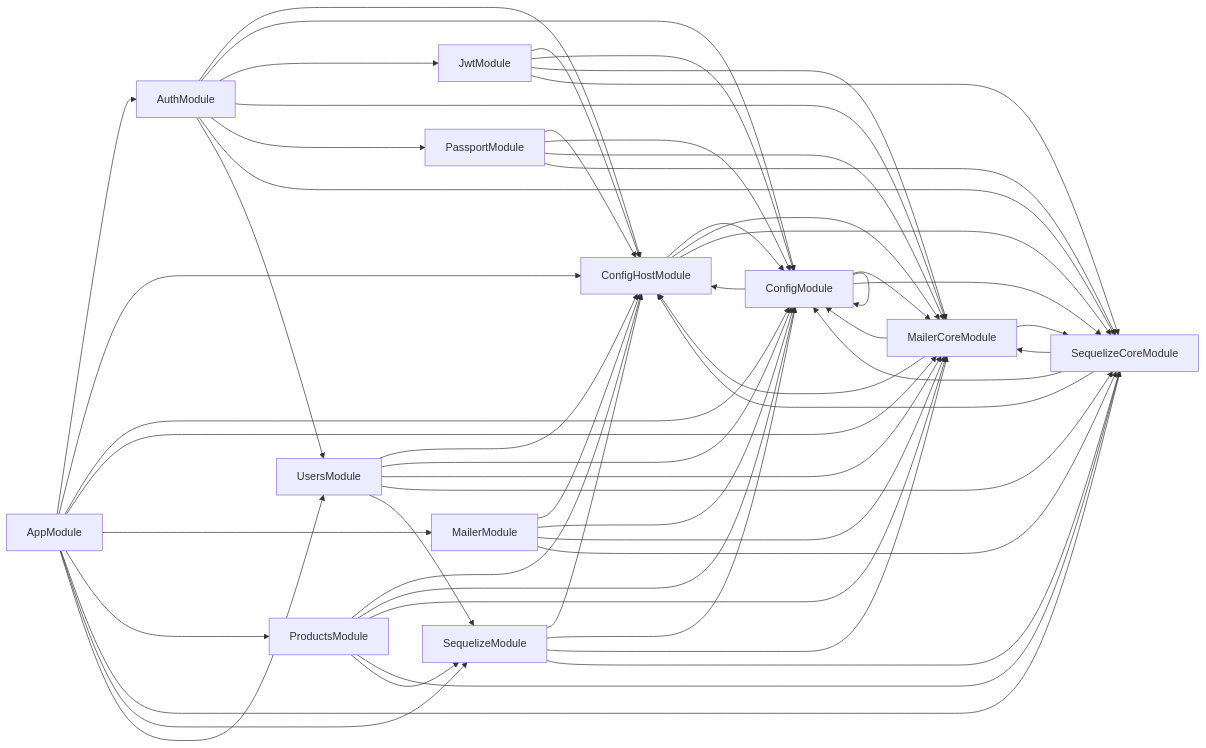
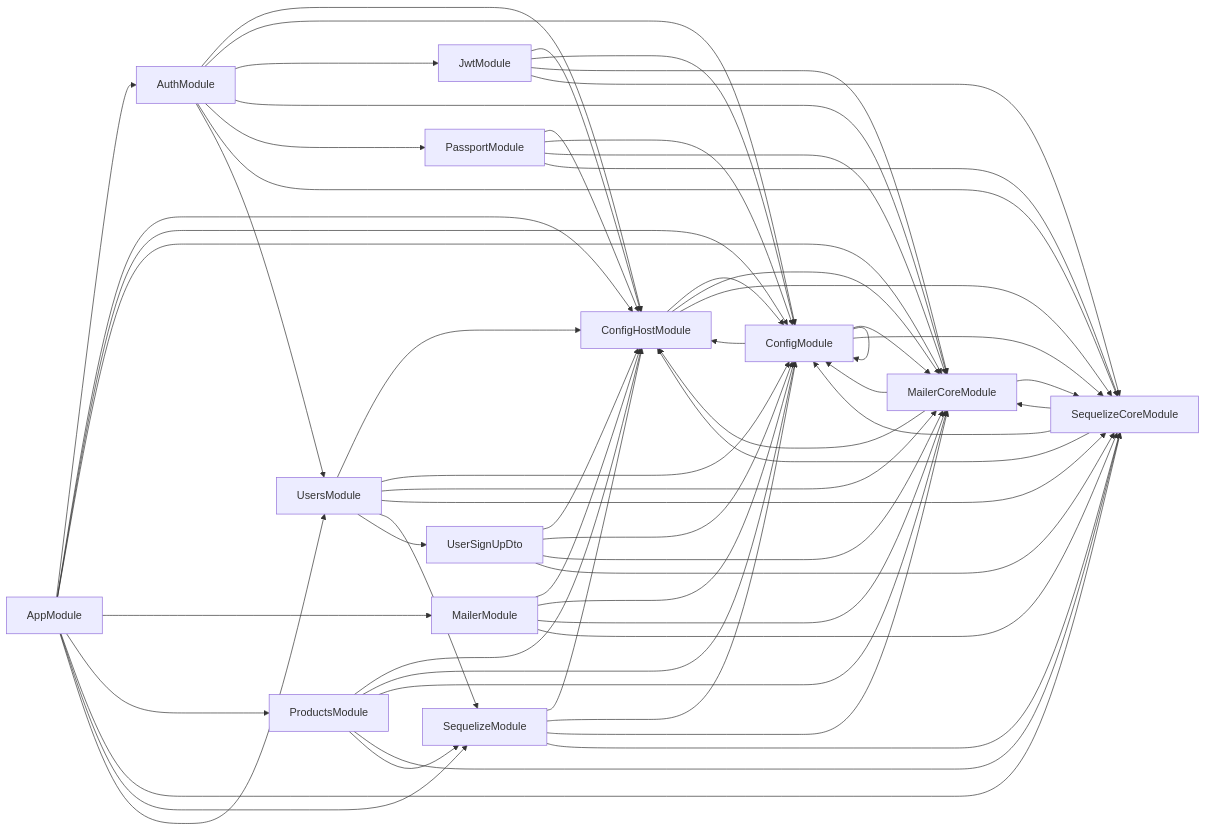
One commit to csc13001-kafi/csc13001-kafi-server changed the diagram in deps.mermaid. Above: the diagram before and after it, drawn with Mermaid. The commit also changed 1 other file, not shown here.

```diff
--- a/deps.mermaid
+++ b/deps.mermaid
@@ -1,56 +1,61 @@
 graph LR
     AppModule-->AuthModule
   AppModule-->ConfigHostModule
   AppModule-->ConfigModule
   AppModule-->MailerCoreModule
   AppModule-->MailerModule
   AppModule-->ProductsModule
   AppModule-->SequelizeCoreModule
   AppModule-->SequelizeModule
   AppModule-->UsersModule
   AuthModule-->ConfigHostModule
   AuthModule-->ConfigModule
   AuthModule-->JwtModule
   AuthModule-->MailerCoreModule
   AuthModule-->PassportModule
   AuthModule-->SequelizeCoreModule
   AuthModule-->UsersModule
   ConfigHostModule-->ConfigModule
   ConfigHostModule-->MailerCoreModule
   ConfigHostModule-->SequelizeCoreModule
   ConfigModule-->ConfigHostModule
   ConfigModule-->ConfigModule
   ConfigModule-->MailerCoreModule
   ConfigModule-->SequelizeCoreModule
   JwtModule-->ConfigHostModule
   JwtModule-->ConfigModule
   JwtModule-->MailerCoreModule
   JwtModule-->SequelizeCoreModule
   MailerCoreModule-->ConfigHostModule
   MailerCoreModule-->ConfigModule
   MailerCoreModule-->SequelizeCoreModule
   MailerModule-->ConfigHostModule
   MailerModule-->ConfigModule
   MailerModule-->MailerCoreModule
   MailerModule-->SequelizeCoreModule
   PassportModule-->ConfigHostModule
   PassportModule-->ConfigModule
   PassportModule-->MailerCoreModule
   PassportModule-->SequelizeCoreModule
   ProductsModule-->ConfigHostModule
   ProductsModule-->ConfigModule
   ProductsModule-->MailerCoreModule
   ProductsModule-->SequelizeCoreModule
   ProductsModule-->SequelizeModule
   SequelizeCoreModule-->ConfigHostModule
   SequelizeCoreModule-->ConfigModule
   SequelizeCoreModule-->MailerCoreModule
   SequelizeModule-->ConfigHostModule
   SequelizeModule-->ConfigModule
   SequelizeModule-->MailerCoreModule
   SequelizeModule-->SequelizeCoreModule
+  UserSignUpDto-->ConfigHostModule
+  UserSignUpDto-->ConfigModule
+  UserSignUpDto-->MailerCoreModule
+  UserSignUpDto-->SequelizeCoreModule
   UsersModule-->ConfigHostModule
   UsersModule-->ConfigModule
   UsersModule-->MailerCoreModule
   UsersModule-->SequelizeCoreModule
   UsersModule-->SequelizeModule
+  UsersModule-->UserSignUpDto
```
